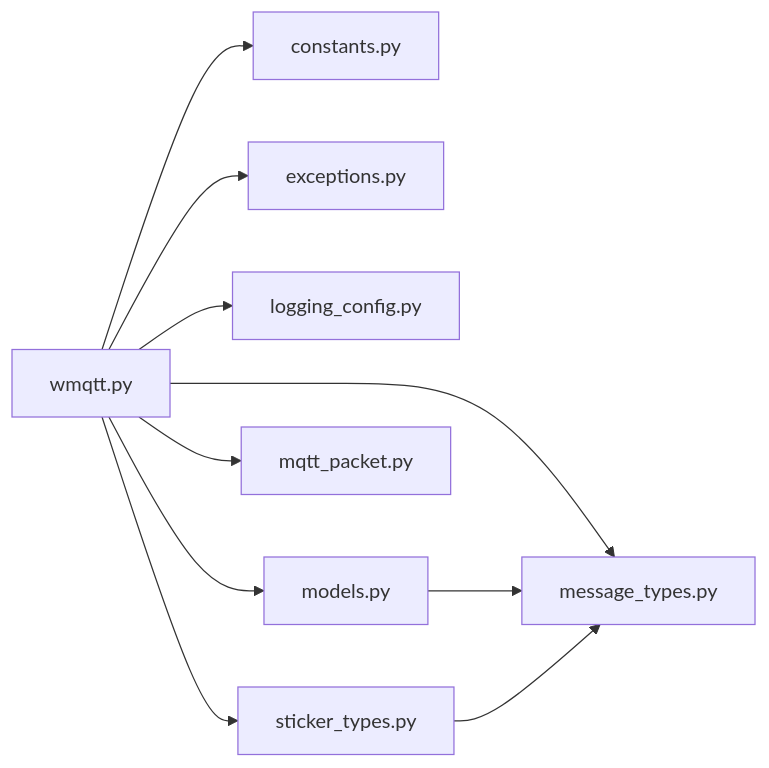
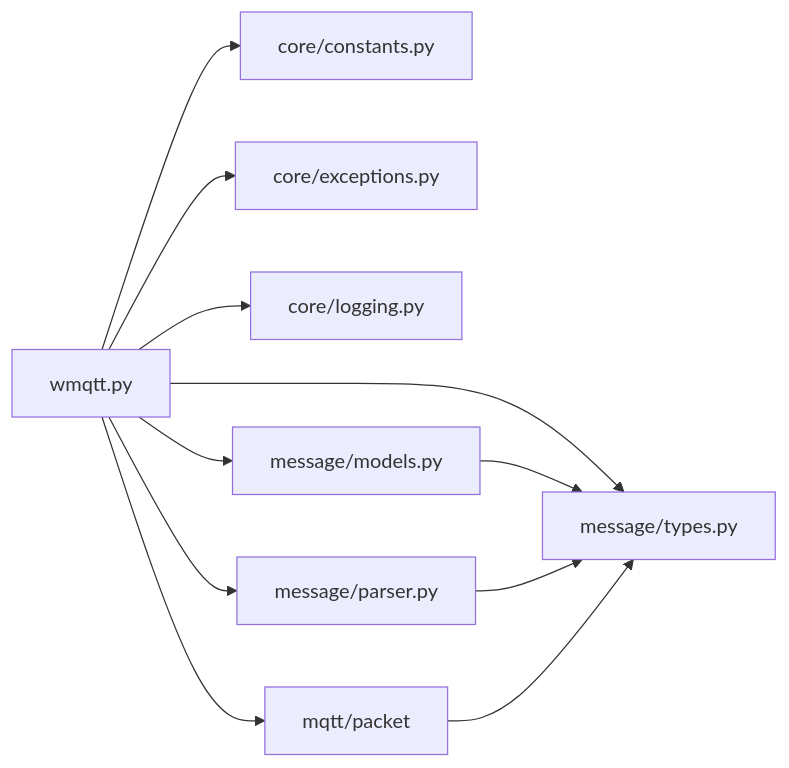
Before and after one commit to nezumi0627/works-wss: the second of 3 diagrams in STRUCTURE.md, drawn with Mermaid. The commit also changed other lines of this file and 22 other files, not shown here.

Commit message:
Remove deprecated modules: Deleted unused files including constants.py, exceptions.py, logging_config.py, message_types.py, models.py, mqtt_packet.py, and sticker_types.py to streamline the project structure and improve maintainability.

````diff
--- a/STRUCTURE.md
+++ b/STRUCTURE.md
@@ -145,12 +197,13 @@
 ```mermaid
 graph LR;
-    A[wmqtt.py]-->B[constants.py];
-    A-->C[exceptions.py];
-    A-->D[logging_config.py];
-    A-->E[message_types.py];
-    A-->F[models.py];
-    A-->G[mqtt_packet.py];
-    A-->H[sticker_types.py];
+    A[wmqtt.py]-->B[core/constants.py];
+    A-->C[core/exceptions.py];
+    A-->D[core/logging.py];
+    A-->E[message/types.py];
+    A-->F[message/models.py];
+    A-->G[message/parser.py];
+    A-->H[mqtt/packet];
     F-->E;
+    G-->E;
     H-->E;
 ```
````
